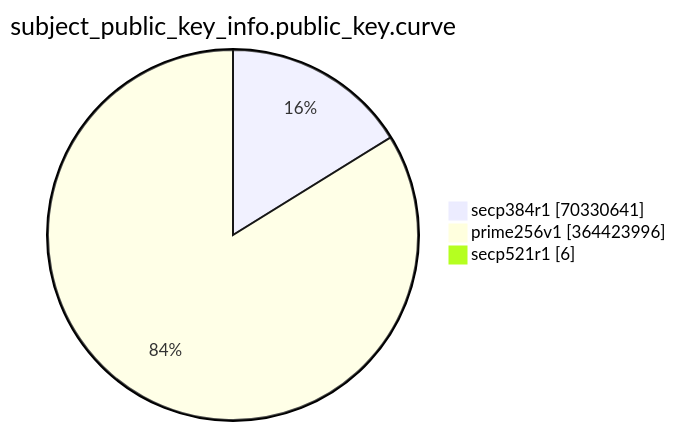
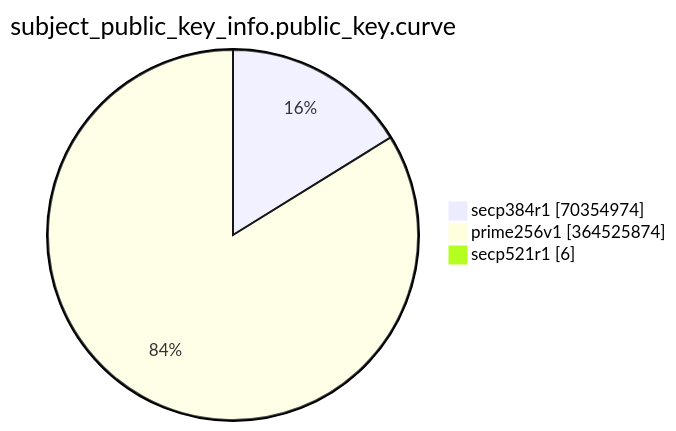
The eighth of 15 diagrams in TOTAL/README.md (christiankrug/ctmonitor_visualization), drawn with Mermaid before and after one commit. The commit also changed other lines of this file, not shown here.

````diff
--- a/TOTAL/README.md
+++ b/TOTAL/README.md
@@ -3091,7 +3091,7 @@
 ```mermaid
 pie showData
 title subject_public_key_info.public_key.curve
-"secp384r1" :70330641
-"prime256v1" :364423996
+"secp384r1" :70354974
+"prime256v1" :364525874
 "secp521r1" :6
 ```
````
